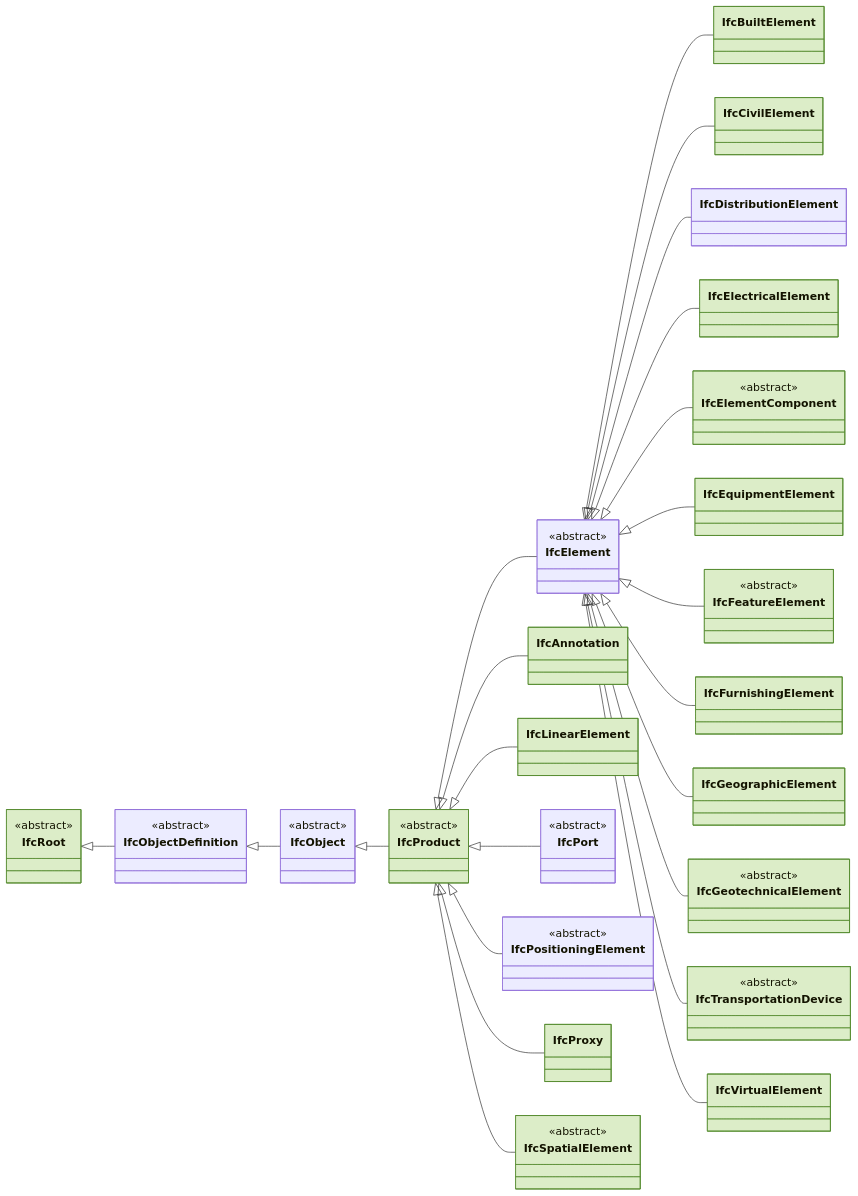
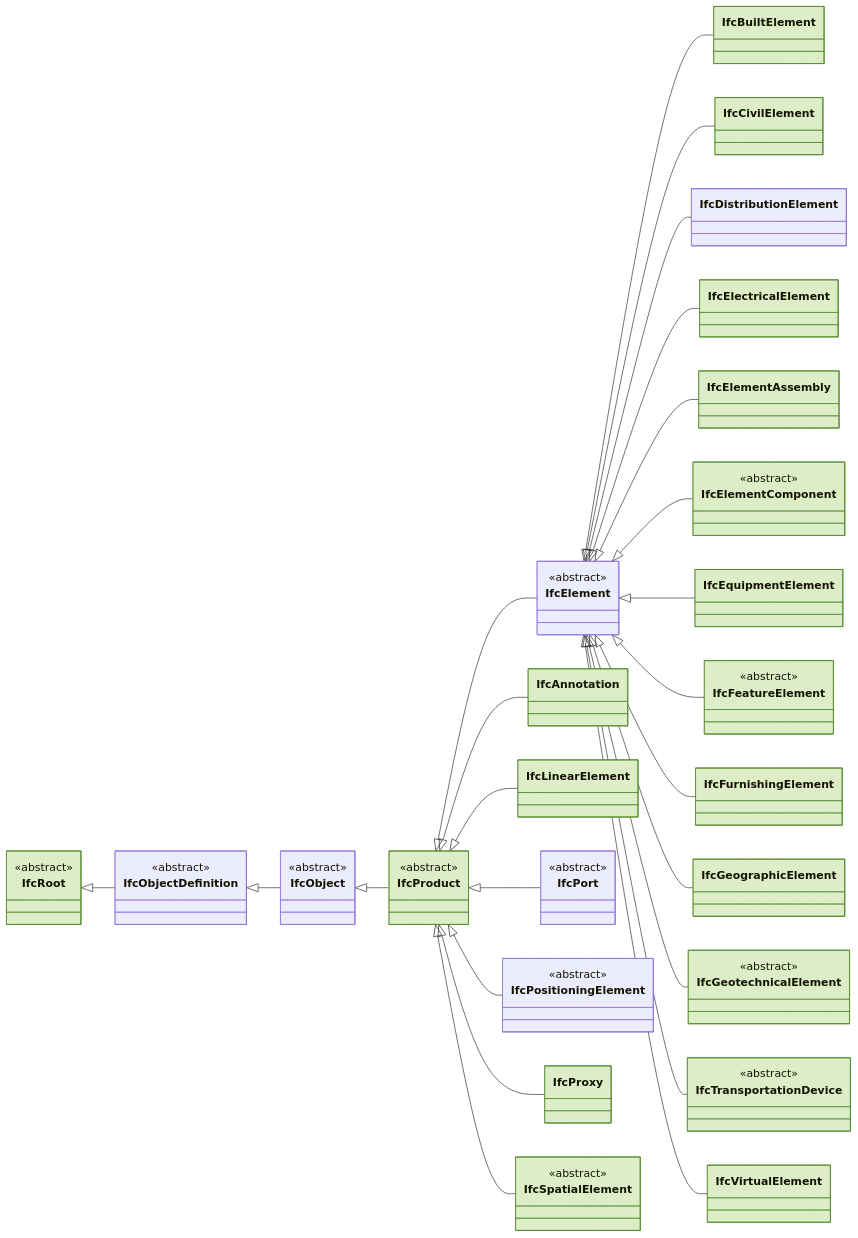
The first of 10 diagrams in docs/ifc/entities-genutzt.md (fabiologe/quagg_page_public), drawn with Mermaid before and after one commit. The commit also changed other lines of this file and 2 other files, not shown here.

First line of the commit message:
cde: Teil XXVI Z5a - der Schreiber kennt Bauwerke (IfcFacility, Baugruppe, Zerlegung)

````diff
--- a/docs/ifc/entities-genutzt.md
+++ b/docs/ifc/entities-genutzt.md
@@ -11,55 +11,57 @@
 ```mermaid
 classDiagram
   direction LR
   IfcElement <|-- IfcBuiltElement
   IfcElement <|-- IfcCivilElement
   IfcElement <|-- IfcDistributionElement
   IfcElement <|-- IfcElectricalElement
+  IfcElement <|-- IfcElementAssembly
   IfcElement <|-- IfcElementComponent
   IfcElement <|-- IfcEquipmentElement
   IfcElement <|-- IfcFeatureElement
   IfcElement <|-- IfcFurnishingElement
   IfcElement <|-- IfcGeographicElement
   IfcElement <|-- IfcGeotechnicalElement
   IfcElement <|-- IfcTransportationDevice
   IfcElement <|-- IfcVirtualElement
   IfcObject <|-- IfcProduct
   IfcObjectDefinition <|-- IfcObject
   IfcProduct <|-- IfcAnnotation
   IfcProduct <|-- IfcElement
   IfcProduct <|-- IfcLinearElement
   IfcProduct <|-- IfcPort
   IfcProduct <|-- IfcPositioningElement
   IfcProduct <|-- IfcProxy
   IfcProduct <|-- IfcSpatialElement
   IfcRoot <|-- IfcObjectDefinition
   <<abstract>> IfcElement
   <<abstract>> IfcElementComponent
   <<abstract>> IfcFeatureElement
   <<abstract>> IfcGeotechnicalElement
   <<abstract>> IfcObject
   <<abstract>> IfcObjectDefinition
   <<abstract>> IfcPort
   <<abstract>> IfcPositioningElement
   <<abstract>> IfcProduct
   <<abstract>> IfcRoot
   <<abstract>> IfcSpatialElement
   <<abstract>> IfcTransportationDevice
   style IfcAnnotation fill:#dcedc8,stroke:#558b2f
   style IfcBuiltElement fill:#dcedc8,stroke:#558b2f
   style IfcCivilElement fill:#dcedc8,stroke:#558b2f
   style IfcElectricalElement fill:#dcedc8,stroke:#558b2f
+  style IfcElementAssembly fill:#dcedc8,stroke:#558b2f
   style IfcElementComponent fill:#dcedc8,stroke:#558b2f
   style IfcEquipmentElement fill:#dcedc8,stroke:#558b2f
   style IfcFeatureElement fill:#dcedc8,stroke:#558b2f
   style IfcFurnishingElement fill:#dcedc8,stroke:#558b2f
   style IfcGeographicElement fill:#dcedc8,stroke:#558b2f
   style IfcGeotechnicalElement fill:#dcedc8,stroke:#558b2f
   style IfcLinearElement fill:#dcedc8,stroke:#558b2f
   style IfcProduct fill:#dcedc8,stroke:#558b2f
   style IfcProxy fill:#dcedc8,stroke:#558b2f
   style IfcRoot fill:#dcedc8,stroke:#558b2f
   style IfcSpatialElement fill:#dcedc8,stroke:#558b2f
   style IfcTransportationDevice fill:#dcedc8,stroke:#558b2f
   style IfcVirtualElement fill:#dcedc8,stroke:#558b2f
 ```
````
